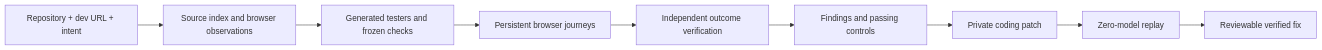
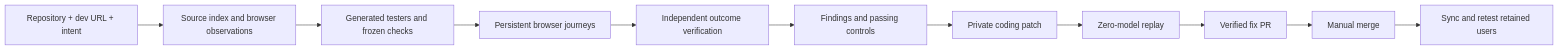
Before and after one commit to heyysiri/lastmile-qa: the diagram in README.md, drawn with Mermaid. The commit also changed other lines of this file and 11 other files, not shown here.

````diff
--- a/README.md
+++ b/README.md
@@ -36,11 +36,13 @@
 ```mermaid
 flowchart LR
  A[Repository + dev URL + intent] --> B[Source index and browser observations]
  B --> C[Generated testers and frozen checks]
  C --> D[Persistent browser journeys]
  D --> E[Independent outcome verification]
  E --> F[Findings and passing controls]
  F --> G[Private coding patch]
  G --> H[Zero-model replay]
- H --> I[Reviewable verified fix]
+ H --> I[Verified fix PR]
+ I --> J[Manual merge]
+ J --> K[Sync and retest retained users]
 ```
````
